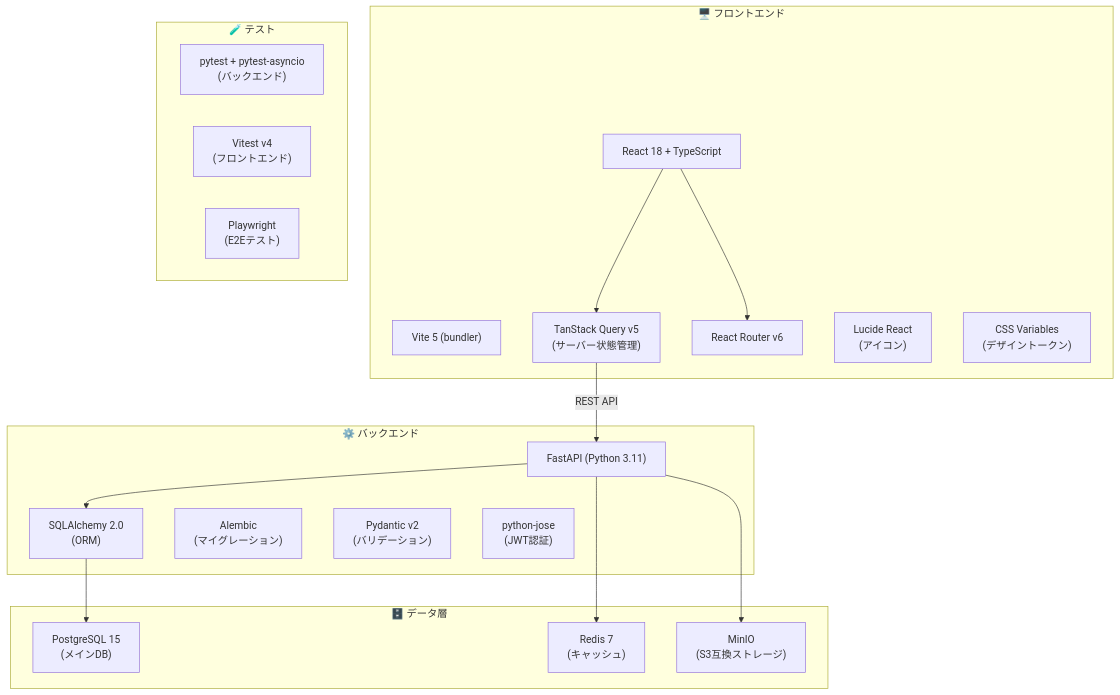
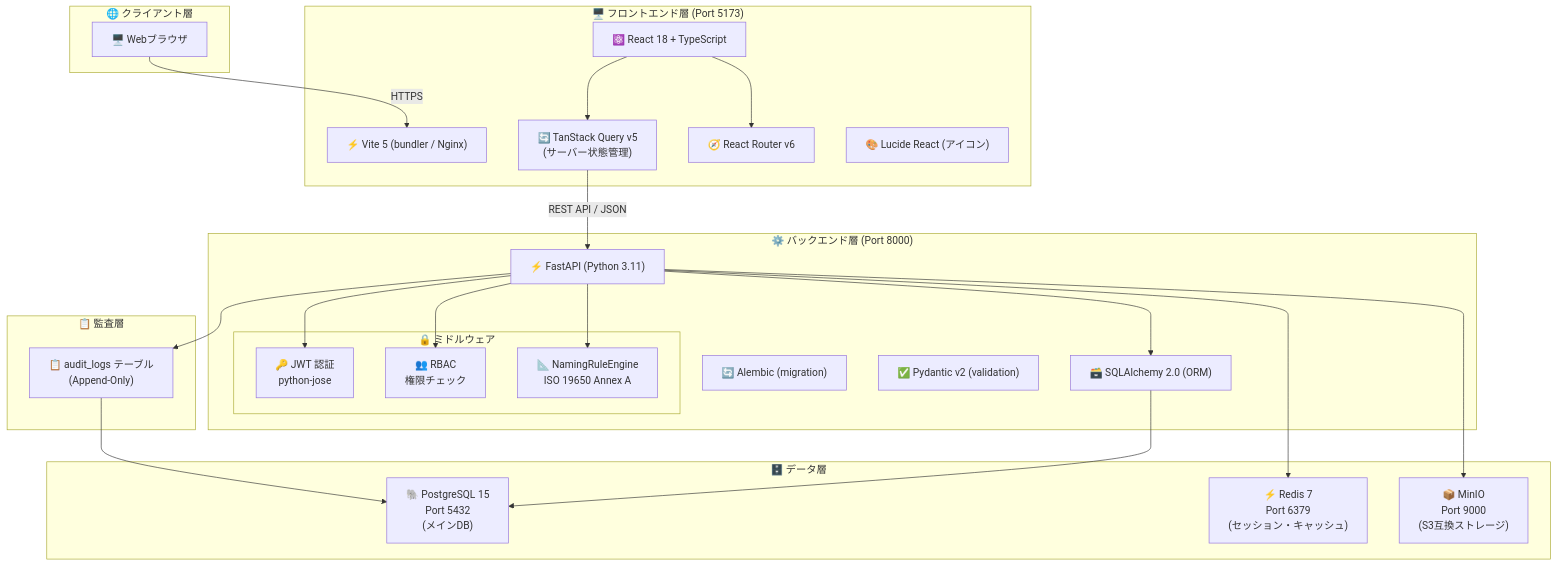
One commit to Kensan196948G/Open-BIM-Information-Platform changed the first of 7 diagrams in docs/TECH_STACK.md. Above: the diagram before and after it, drawn with Mermaid. The commit also changed other lines of this file and 1 other file, not shown here.

First line of the commit message:
docs: rewrite IT_SETUP.md and TECH_STACK.md with diagrams

````diff
--- a/docs/TECH_STACK.md
+++ b/docs/TECH_STACK.md
@@ -9,39 +23,50 @@
 ```mermaid
 graph TB
-    subgraph FE["🖥️ フロントエンド"]
-        React["React 18 + TypeScript"]
-        Vite["Vite 5 (bundler)"]
-        TQ["TanStack Query v5\n(サーバー状態管理)"]
-        Router["React Router v6"]
-        Lucide["Lucide React\n(アイコン)"]
-        CSS["CSS Variables\n(デザイントークン)"]
+    subgraph Client["🌐 クライアント層"]
+        Browser["🖥️ Webブラウザ"]
     end
 
-    subgraph BE["⚙️ バックエンド"]
-        FastAPI["FastAPI (Python 3.11)"]
-        SQLAlchemy["SQLAlchemy 2.0\n(ORM)"]
-        Alembic["Alembic\n(マイグレーション)"]
-        Pydantic["Pydantic v2\n(バリデーション)"]
-        JWT["python-jose\n(JWT認証)"]
+    subgraph FE["🖥️ フロントエンド層 (Port 5173)"]
+        React["⚛️ React 18 + TypeScript"]
+        Vite["⚡ Vite 5 (bundler / Nginx)"]
+        TQ["🔄 TanStack Query v5\n(サーバー状態管理)"]
+        Router["🧭 React Router v6"]
+        Lucide["🎨 Lucide React (アイコン)"]
+    end
+
+    subgraph BE["⚙️ バックエンド層 (Port 8000)"]
+        FastAPI["⚡ FastAPI (Python 3.11)"]
+        subgraph Middleware["🔒 ミドルウェア"]
+            Auth["🔑 JWT 認証\npython-jose"]
+            RBAC["👥 RBAC\n権限チェック"]
+            Naming["📐 NamingRuleEngine\nISO 19650 Annex A"]
+        end
+        SQLAlchemy["🗃️ SQLAlchemy 2.0 (ORM)"]
+        Alembic["🔄 Alembic (migration)"]
+        Pydantic["✅ Pydantic v2 (validation)"]
     end
 
     subgraph Data["🗄️ データ層"]
-        PG["PostgreSQL 15\n(メインDB)"]
-        Redis["Redis 7\n(キャッシュ)"]
-        MinIO["MinIO\n(S3互換ストレージ)"]
+        PG["🐘 PostgreSQL 15\nPort 5432\n(メインDB)"]
+        Redis["⚡ Redis 7\nPort 6379\n(セッション・キャッシュ)"]
+        MinIO["📦 MinIO\nPort 9000\n(S3互換ストレージ)"]
     end
 
-    subgraph Test["🧪 テスト"]
-        Pytest["pytest + pytest-asyncio\n(バックエンド)"]
-        Vitest["Vitest v4\n(フロントエンド)"]
-        PW["Playwright\n(E2Eテスト)"]
+    subgraph Audit["📋 監査層"]
+        AuditLogs["📋 audit_logs テーブル\n(Append-Only)"]
     end
 
+    Browser -->|"HTTPS"| Vite
     React --> TQ
     React --> Router
-    TQ -->|REST API| FastAPI
+    TQ -->|"REST API / JSON"| FastAPI
+    FastAPI --> Auth
+    FastAPI --> RBAC
+    FastAPI --> Naming
     FastAPI --> SQLAlchemy
     SQLAlchemy --> PG
     FastAPI --> Redis
     FastAPI --> MinIO
+    FastAPI --> AuditLogs
+    AuditLogs --> PG
 ```
````
